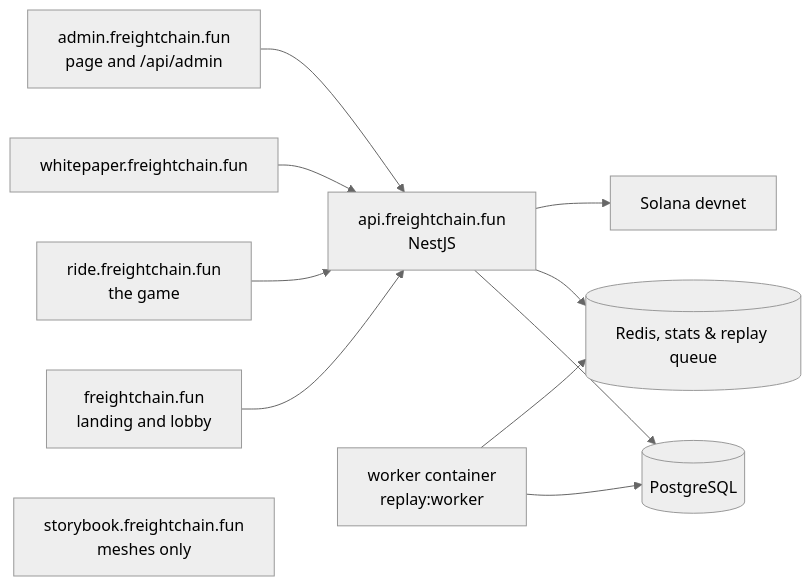
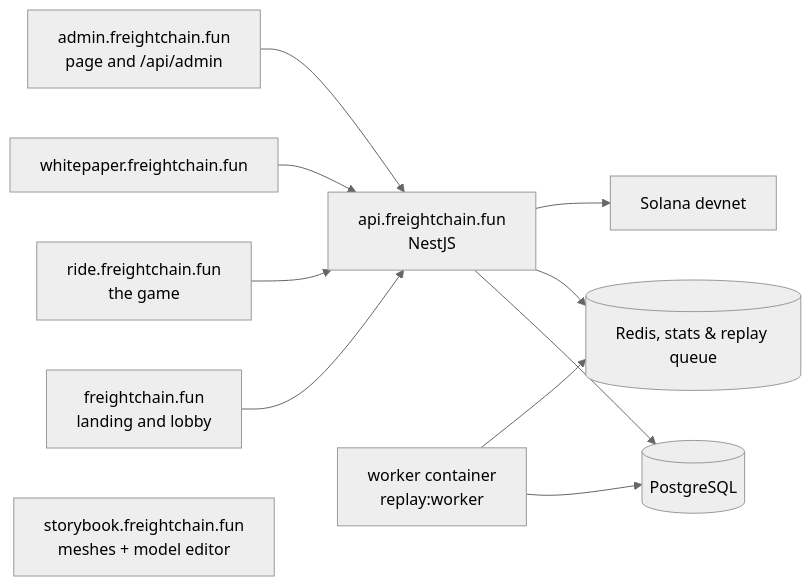
One commit to recferret-bit/freightchain changed the fourth of 7 diagrams in README.md. Above: the diagram before and after it, drawn with Mermaid (neutral theme). The commit also changed other lines of this file and 144 other files, not shown here.

First line of the commit message:
Entities API + model editor: storage, bundle, editor sign-in, history, publish

````diff
--- a/README.md
+++ b/README.md
@@ -422,13 +422,13 @@
 ```mermaid
 flowchart LR
   landing["freightchain.fun<br/>landing and lobby"] --> api["api.freightchain.fun<br/>NestJS"]
   ride["ride.freightchain.fun<br/>the game"] --> api
   paper["whitepaper.freightchain.fun"] --> api
   admin["admin.freightchain.fun<br/>page and /api/admin"] --> api
-  story["storybook.freightchain.fun<br/>meshes only"]
+  story["storybook.freightchain.fun<br/>meshes + model editor"]
   api --> pg[(PostgreSQL)]
   api --> redis[(Redis, stats & replay queue)]
   worker["worker container<br/>replay:worker"] --> pg
   worker --> redis
   api --> chain["Solana devnet"]
 ```
````
